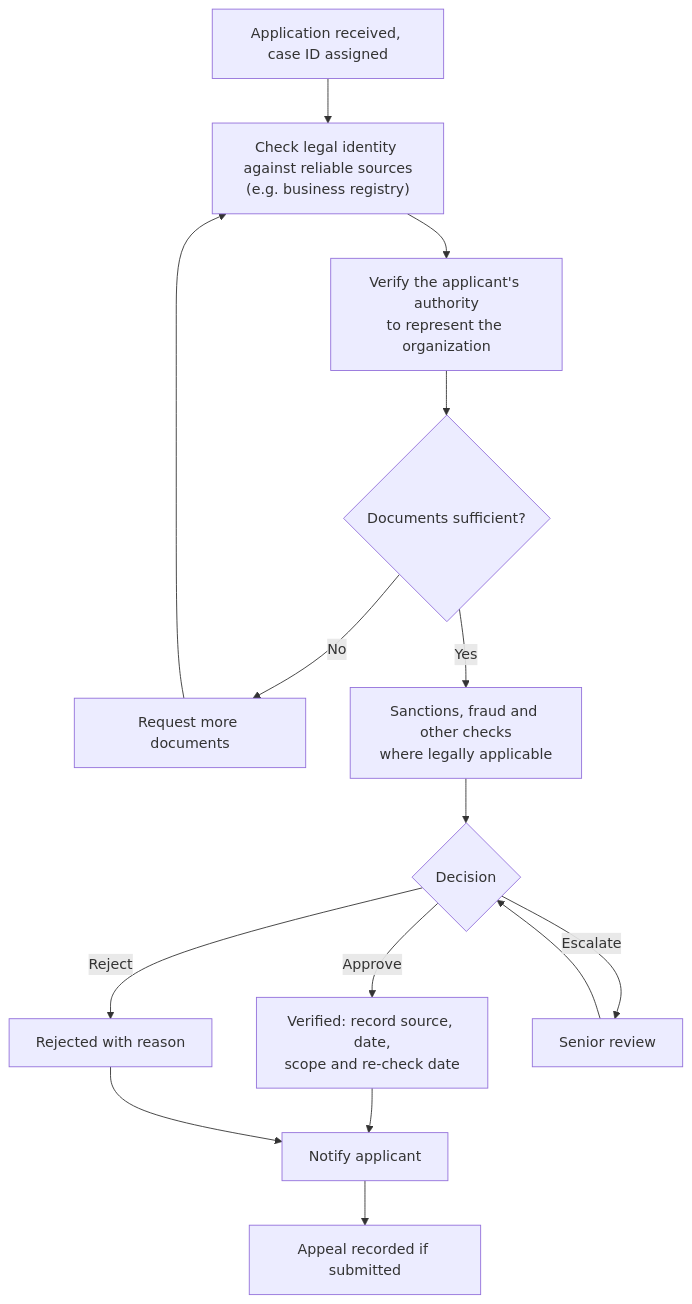
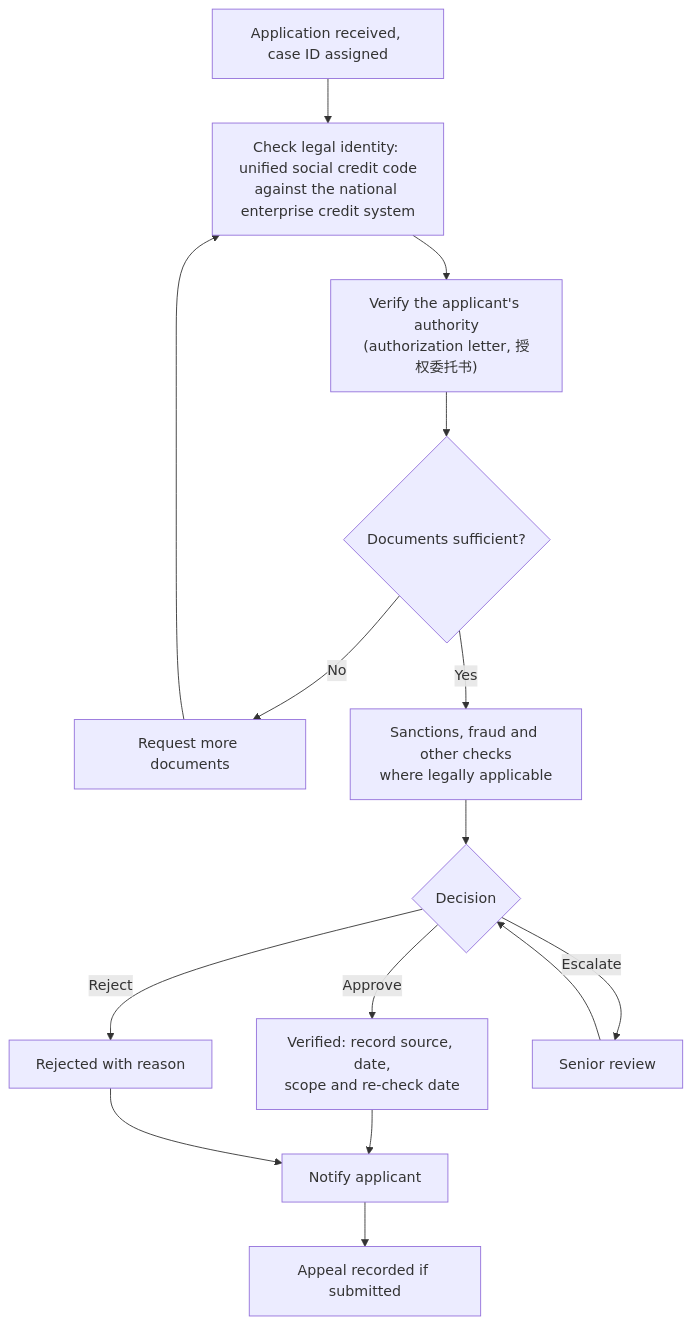
One commit to greensoft-atom/tex-platform changed diagram 16 of 21 in 05-system-design-blueprint.md. Above: the diagram before and after it, drawn with Mermaid. The commit also changed other lines of this file and 615 other files, not shown here.

````diff
--- a/05-system-design-blueprint.md
+++ b/05-system-design-blueprint.md
@@ -846,17 +938,17 @@
 ```mermaid
 flowchart TD
-    A["Application received, case ID assigned"] --> B["Check legal identity against reliable sources<br/>(e.g. business registry)"]
-    B --> C["Verify the applicant's authority<br/>to represent the organization"]
+    A["Application received, case ID assigned"] --> B["Check legal identity: unified social credit code<br/>against the national enterprise credit system"]
+    B --> C["Verify the applicant's authority<br/>(authorization letter, 授权委托书)"]
     C --> D{"Documents sufficient?"}
     D -->|"No"| E["Request more documents"]
     E --> B
     D -->|"Yes"| F["Sanctions, fraud and other checks<br/>where legally applicable"]
     F --> G{"Decision"}
     G -->|"Approve"| H["Verified: record source, date,<br/>scope and re-check date"]
     G -->|"Reject"| I["Rejected with reason"]
     G -->|"Escalate"| J["Senior review"]
     J --> G
     H --> K["Notify applicant"]
     I --> K
     K --> L["Appeal recorded if submitted"]
 ```
````
